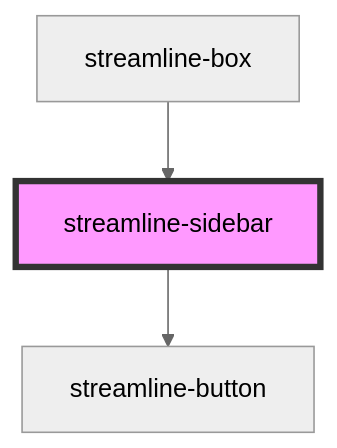
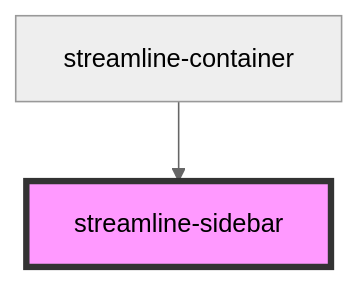
Before and after one commit to dnnsjsk/streamline: the diagram in stencil/src/components/streamline-sidebar/readme.md, drawn with Mermaid (neutral theme). The commit also changed other lines of this file and 146 other files, not shown here.

````diff
--- a/stencil/src/components/streamline-sidebar/readme.md
+++ b/stencil/src/components/streamline-sidebar/readme.md
@@ -17,6 +13,5 @@
 ```mermaid
 graph TD;
-  streamline-sidebar --> streamline-button
-  streamline-box --> streamline-sidebar
+  streamline-container --> streamline-sidebar
   style streamline-sidebar fill:#f9f,stroke:#333,stroke-width:4px
 ```
````
